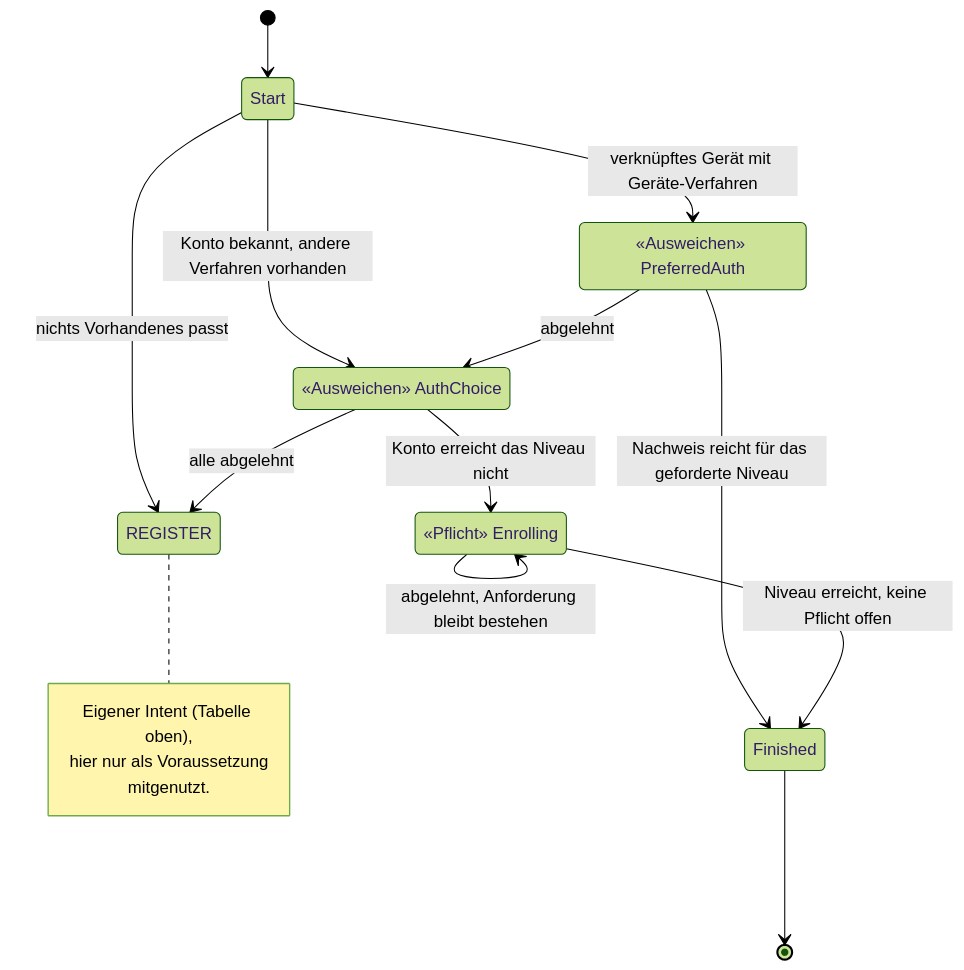
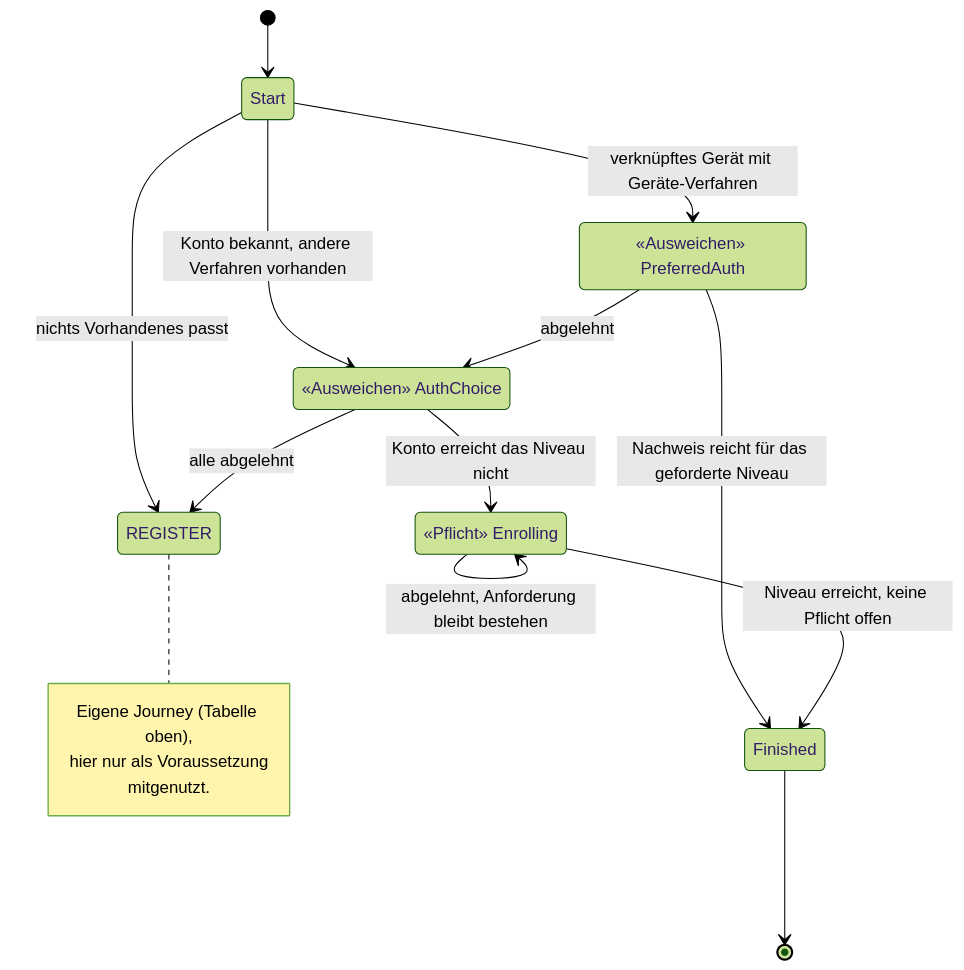
Before and after one commit to rpreissel/identity-demo: the first of 2 diagrams in docs/04-orchestrierung.md, drawn with Mermaid (forest theme). The commit also changed other lines of this file and 154 other files, not shown here.

````diff
--- a/docs/04-orchestrierung.md
+++ b/docs/04-orchestrierung.md
@@ -38,27 +38,27 @@
 ```mermaid
 stateDiagram-v2
   state "«Ausweichen» PreferredAuth" as PreferredAuth
   state "«Ausweichen» AuthChoice" as AuthChoice
   state "«Pflicht» Enrolling" as Enrolling
 
   [*] --> Start
   Start --> PreferredAuth: verknüpftes Gerät mit Geräte-Verfahren
   Start --> AuthChoice: Konto bekannt, andere Verfahren vorhanden
   Start --> REGISTER: nichts Vorhandenes passt
 
   PreferredAuth --> AuthChoice: abgelehnt
   AuthChoice --> REGISTER: alle abgelehnt
 
   PreferredAuth --> Finished: Nachweis reicht für das geforderte Niveau
   AuthChoice --> Enrolling: Konto erreicht das Niveau nicht
 
   Enrolling --> Enrolling: abgelehnt, Anforderung bleibt bestehen
   Enrolling --> Finished: Niveau erreicht, keine Pflicht offen
   Finished --> [*]
 
   note right of REGISTER
-    Eigener Intent (Tabelle oben),
+    Eigene Journey (Tabelle oben),
     hier nur als Voraussetzung
     mitgenutzt.
   end note
 ```
````
